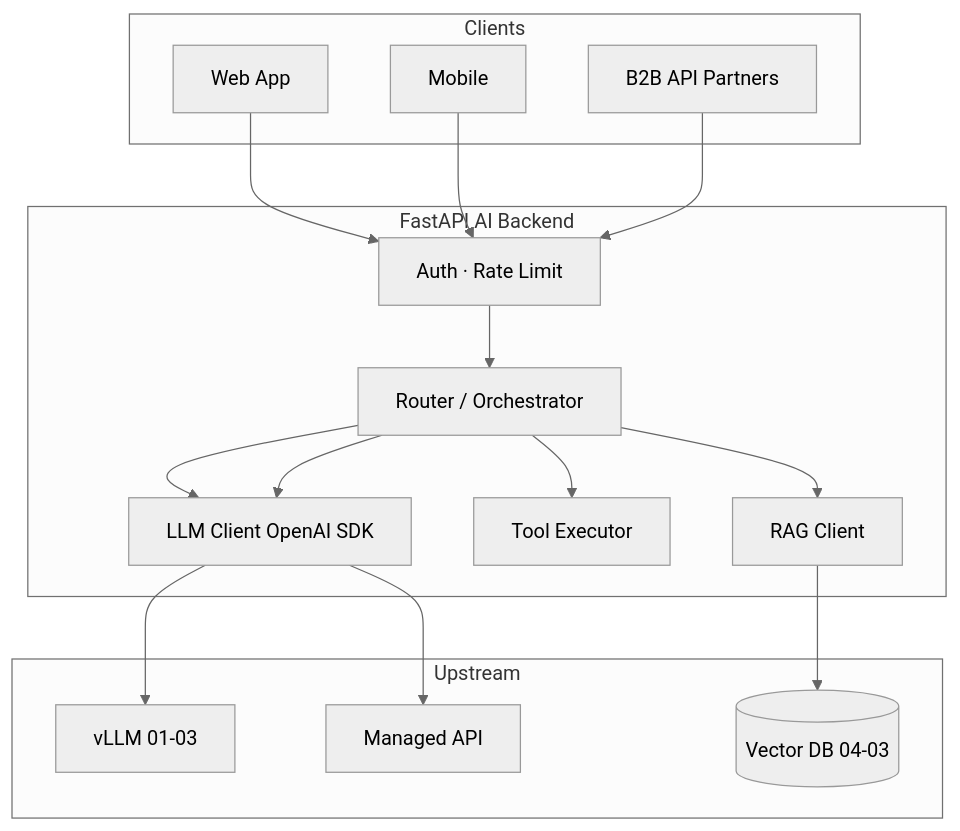
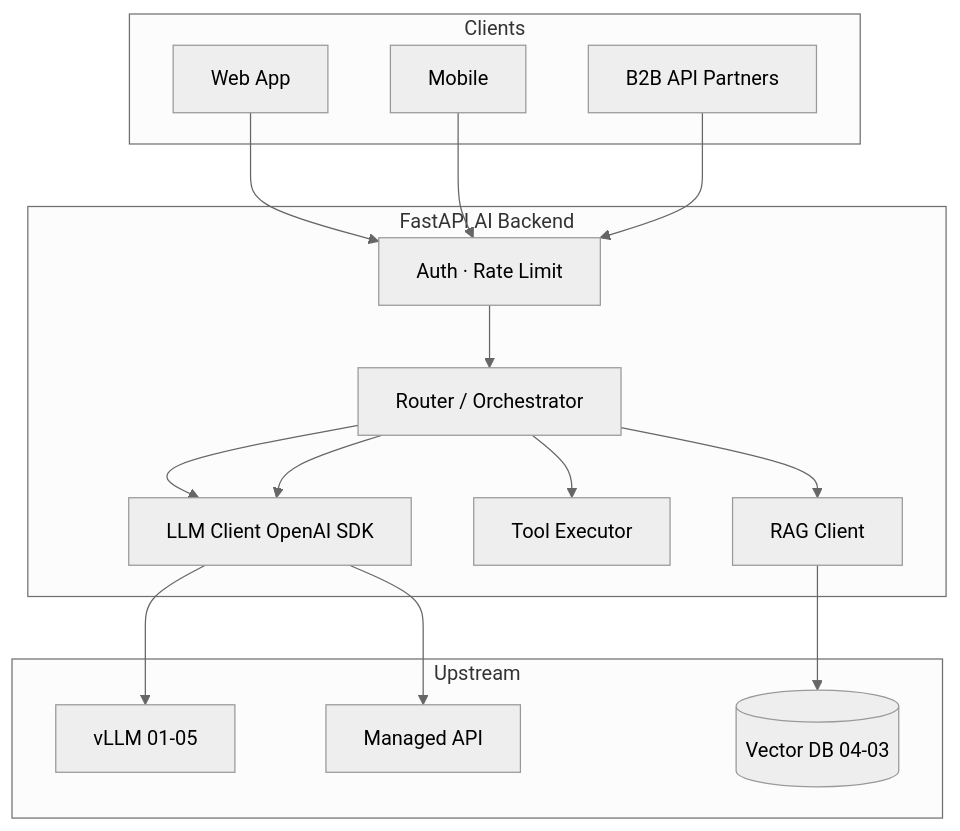
One commit to rcrahul43/GenAI-Masterclass changed the first of 3 diagrams in Modules/10-Production-Infrastructure/10-01-FastAPI-AI-Backends.md. Above: the diagram before and after it, drawn with Mermaid (neutral theme). The commit also changed other lines of this file and 108 other files, not shown here.

````diff
--- a/Modules/10-Production-Infrastructure/10-01-FastAPI-AI-Backends.md
+++ b/Modules/10-Production-Infrastructure/10-01-FastAPI-AI-Backends.md
@@ -60,28 +60,28 @@
 ```mermaid
 flowchart TB
     subgraph Clients
       WEB[Web App]
       MOB[Mobile]
       B2B[B2B API Partners]
     end
     subgraph FastAPI["FastAPI AI Backend"]
       AUTH[Auth · Rate Limit]
       RT[Router / Orchestrator]
       RAG[RAG Client]
       TOOLS[Tool Executor]
       LLM[LLM Client OpenAI SDK]
     end
     subgraph Upstream
-      VLLM[vLLM 01-03]
+      VLLM[vLLM 01-05]
       OAI[Managed API]
       VDB[(Vector DB 04-03)]
     end
     WEB --> AUTH
     MOB --> AUTH
     B2B --> AUTH
     AUTH --> RT
     RT --> RAG --> VDB
     RT --> TOOLS
     RT --> LLM --> VLLM
     RT --> LLM --> OAI
 ```
````
